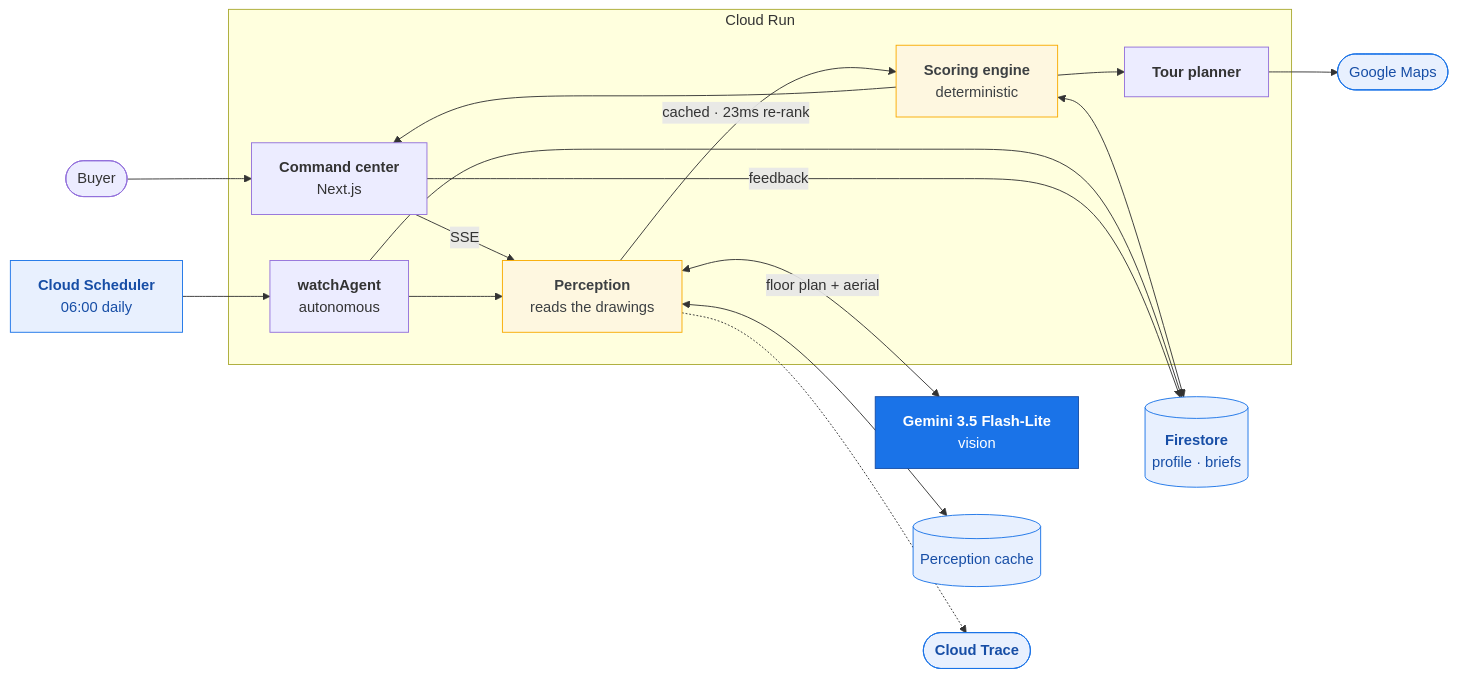
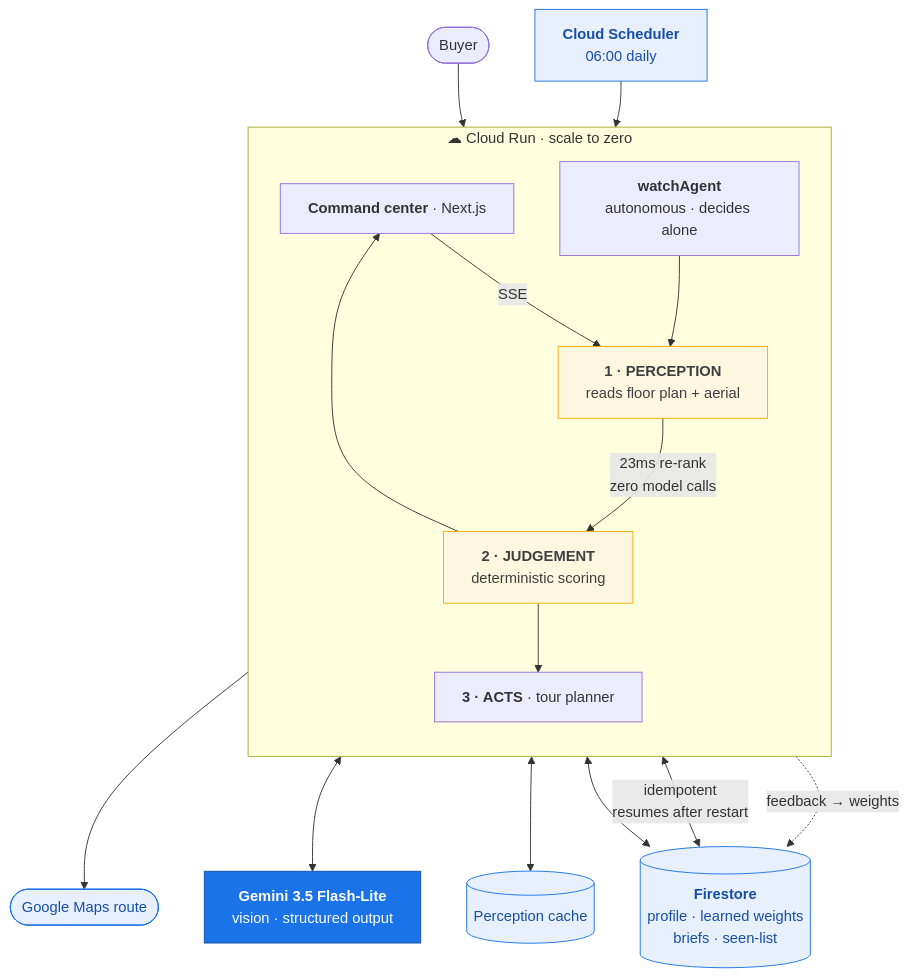
The diagram in docs/diagram-source.mmd (skg0525/allthingsagentichackathon), drawn with Mermaid before and after one commit. The commit also changed 8 other files, not shown here.

Commit message:
Verify Cloud Trace end to end; tighten the diagram around the numbered spine

```diff
--- a/docs/diagram-source.mmd
+++ b/docs/diagram-source.mmd
@@ -1,34 +1,39 @@
-flowchart LR
+flowchart TB
 
-  USER(["Buyer"]) --> UI
-  CRON["<b>Cloud Scheduler</b><br/>06:00 daily"] --> WATCH
+  BUYER(["Buyer"])
+  CRON["<b>Cloud Scheduler</b><br/>06:00 daily"]
 
-  subgraph CR["Cloud Run"]
-    UI["<b>Command center</b><br/>Next.js"]
-    WATCH["<b>watchAgent</b><br/>autonomous"]
-    PERC["<b>Perception</b><br/>reads the drawings"]
-    JUDGE["<b>Scoring engine</b><br/>deterministic"]
-    TOUR["<b>Tour planner</b>"]
+  subgraph CR["☁ Cloud Run · scale to zero"]
+    direction TB
+    UI["<b>Command center</b> · Next.js"]
+    WATCH["<b>watchAgent</b><br/>autonomous · decides alone"]
+    PERC["<b>1 · PERCEPTION</b><br/>reads floor plan + aerial"]
+    JUDGE["<b>2 · JUDGEMENT</b><br/>deterministic scoring"]
+    TOUR["<b>3 · ACTS</b> · tour planner"]
   end
 
+  GEM["<b>Gemini 3.5 Flash-Lite</b><br/>vision · structured output"]
+  FS[("<b>Firestore</b><br/>profile · learned weights<br/>briefs · seen-list")]
+  CACHE[("Perception cache")]
+  MAPS(["Google Maps route"])
+
+  BUYER --> UI
+  CRON --> WATCH
   UI -->|SSE| PERC
   WATCH --> PERC
-  PERC -->|"cached · 23ms re-rank"| JUDGE
+  PERC -->|"23ms re-rank<br/>zero model calls"| JUDGE
+  JUDGE --> TOUR --> MAPS
   JUDGE --> UI
-  JUDGE --> TOUR
 
-  PERC <-->|"floor plan + aerial"| GEM["<b>Gemini 3.5 Flash-Lite</b><br/>vision"]
-  TOUR --> MAPS(["Google Maps"])
-
-  JUDGE <--> FS[("<b>Firestore</b><br/>profile · briefs")]
-  WATCH --> FS
-  UI -->|feedback| FS
-  PERC <--> CACHE[("Perception cache")]
-  PERC -.-> TRACE(["<b>Cloud Trace</b>"])
+  PERC <--> GEM
+  PERC <--> CACHE
+  JUDGE <--> FS
+  WATCH <-->|"idempotent<br/>resumes after restart"| FS
+  UI -.->|"feedback → weights"| FS
 
   classDef g fill:#1a73e8,stroke:#174ea6,color:#fff
   classDef store fill:#e8f0fe,stroke:#1a73e8,color:#174ea6
   classDef key fill:#fef7e0,stroke:#f9ab00,color:#3c4043
   class GEM g
-  class FS,CACHE,TRACE,MAPS,CRON store
+  class FS,CACHE,MAPS,CRON store
   class PERC,JUDGE key
```
